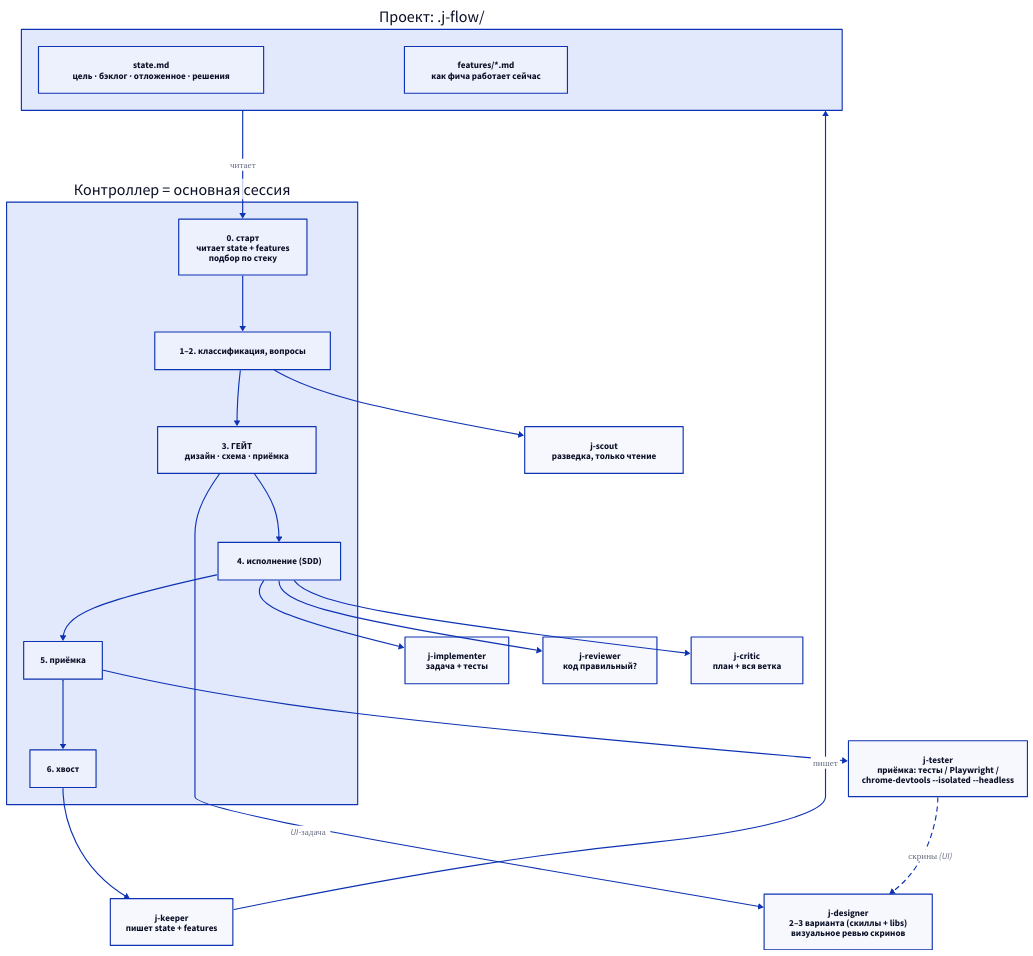
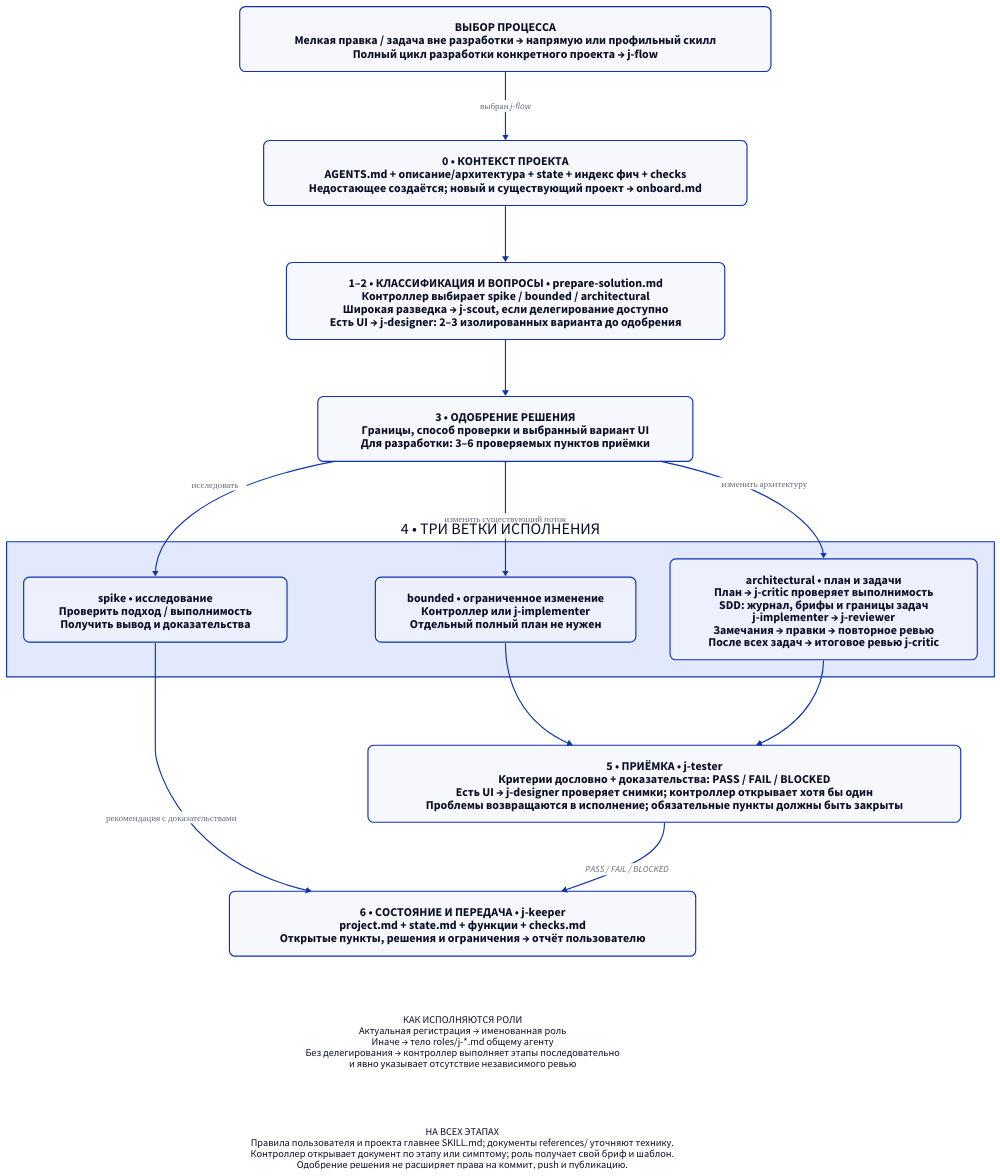
One commit to JumpAttacker/j-flow changed the diagram in diagrams/j-flow-v2.d2. Above: the diagram before and after it, drawn with D2. The commit also changed 63 other files, not shown here.

First line of the commit message:
feat: maintain project knowledge with original j-flow resources

```diff
--- a/diagrams/j-flow-v2.d2
+++ b/diagrams/j-flow-v2.d2
@@ -1,35 +1,35 @@
+# Based on JumpAttacker/j-flow, own document lifecycle edition, 2026-10-05.
 direction: down
-
-docs: Проект: .j-flow/ {
-  state: state.md\nцель · бэклог · отложенное · решения
-  features: features/*.md\nкак фича работает сейчас
+classes: {
+  step: {style.border-radius: 10; style.font-size: 21}
+  note: {shape: text; style.font-size: 18}
 }
 
-ctl: Контроллер = основная сессия {
-  s0: 0. старт\nчитает state + features\nподбор по стеку
-  s12: 1–2. классификация, вопросы
-  gate: 3. ГЕЙТ\nдизайн · схема · приёмка
-  s4: 4. исполнение (SDD)
-  s5: 5. приёмка
-  s6: 6. хвост
-  s0 -> s12 -> gate -> s4 -> s5 -> s6
+entry: "ВЫБОР ПРОЦЕССА\nМелкая правка / задача вне разработки → напрямую или профильный скилл\nПолный цикл разработки конкретного проекта → j-flow" {class: step}
+start: "0 • КОНТЕКСТ ПРОЕКТА\nAGENTS.md + описание/архитектура + state + индекс фич + checks\nНедостающее создаётся; новый и существующий проект → onboard.md" {class: step}
+prepare: "1–2 • КЛАССИФИКАЦИЯ И ВОПРОСЫ • prepare-solution.md\nКонтроллер выбирает spike / bounded / architectural\nШирокая разведка → j-scout, если делегирование доступно\nЕсть UI → j-designer: 2–3 изолированных варианта до одобрения" {class: step}
+gate: "3 • ОДОБРЕНИЕ РЕШЕНИЯ\nГраницы, способ проверки и выбранный вариант UI\nДля разработки: 3–6 проверяемых пунктов приёмки" {class: step}
+
+execute: "4 • ТРИ ВЕТКИ ИСПОЛНЕНИЯ" {
+  spike: "spike • исследование\nПроверить подход / выполнимость\nПолучить вывод и доказательства" {class: step}
+  bounded: "bounded • ограниченное изменение\nКонтроллер или j-implementer\nОтдельный полный план не нужен" {class: step}
+  architecture: "architectural • план и задачи\nПлан → j-critic проверяет выполнимость\nSDD: журнал, брифы и границы задач\nj-implementer → j-reviewer\nЗамечания → правки → повторное ревью\nПосле всех задач → итоговое ревью j-critic" {class: step}
 }
 
-scout: j-scout\nразведка, только чтение
-designer: j-designer\n2–3 варианта (скиллы + libs)\nвизуальное ревью скринов
-impl: j-implementer\nзадача + тесты
-rev: j-reviewer\nкод правильный?
-critic: j-critic\nплан + вся ветка
-tester: j-tester\nприёмка: тесты / Playwright /\nchrome-devtools --isolated --headless
-keeper: j-keeper\nпишет state + features
+acceptance: "5 • ПРИЁМКА • j-tester\nКритерии дословно + доказательства: PASS / FAIL / BLOCKED\nЕсть UI → j-designer проверяет снимки; контроллер открывает хотя бы один\nПроблемы возвращаются в исполнение; обязательные пункты должны быть закрыты" {class: step}
+keeper: "6 • СОСТОЯНИЕ И ПЕРЕДАЧА • j-keeper\nproject.md + state.md + функции + checks.md\nОткрытые пункты, решения и ограничения → отчёт пользователю" {class: step}
 
-docs -> ctl.s0: читает
-ctl.s12 -> scout
-ctl.gate -> designer: UI-задача
-ctl.s4 -> impl
-ctl.s4 -> rev
-ctl.s4 -> critic
-ctl.s5 -> tester
-tester -> designer: скрины (UI) { style.stroke-dash: 4 }
-ctl.s6 -> keeper
-keeper -> docs: пишет
+mode: "КАК ИСПОЛНЯЮТСЯ РОЛИ\nАктуальная регистрация → именованная роль\nИначе → тело roles/j-*.md общему агенту\nБез делегирования → контроллер выполняет этапы последовательно\nи явно указывает отсутствие независимого ревью" {class: note}
+policy: "НА ВСЕХ ЭТАПАХ\nПравила пользователя и проекта главнее SKILL.md; документы references/ уточняют технику.\nКонтроллер открывает документ по этапу или симптому; роль получает свой бриф и шаблон.\nОдобрение решения не расширяет права на коммит, push и публикацию." {class: note}
+
+entry -> start: выбран j-flow
+start -> prepare -> gate
+gate -> execute.spike: исследовать
+gate -> execute.bounded: изменить существующий поток
+gate -> execute.architecture: изменить архитектуру
+execute.spike -> keeper: рекомендация с доказательствами
+execute.bounded -> acceptance
+execute.architecture -> acceptance
+acceptance -> keeper: PASS / FAIL / BLOCKED
+keeper -> mode: {style.opacity: 0}
+mode -> policy: {style.opacity: 0}
```
